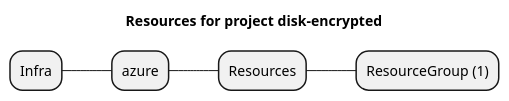
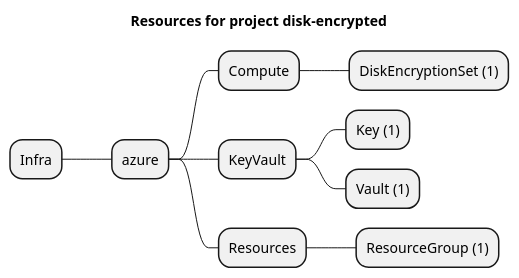
Before and after one commit to grucloud/grucloud: the diagram in examples/azure/Compute/disk-encrypted/artifacts/resources-mindmap.puml, drawn with PlantUML. The commit also changed 145 other files, not shown here.

```diff
--- a/examples/azure/Compute/disk-encrypted/artifacts/resources-mindmap.puml
+++ b/examples/azure/Compute/disk-encrypted/artifacts/resources-mindmap.puml
@@ -1,8 +1,13 @@
 @startmindmap
 title Resources for project disk-encrypted
 skinparam monochrome true
 + Infra
 ++ azure
++++ Compute
+++++ DiskEncryptionSet (1)
++++ KeyVault
+++++ Key (1)
+++++ Vault (1)
 +++ Resources
 ++++ ResourceGroup (1)
 @endmindmap
```
